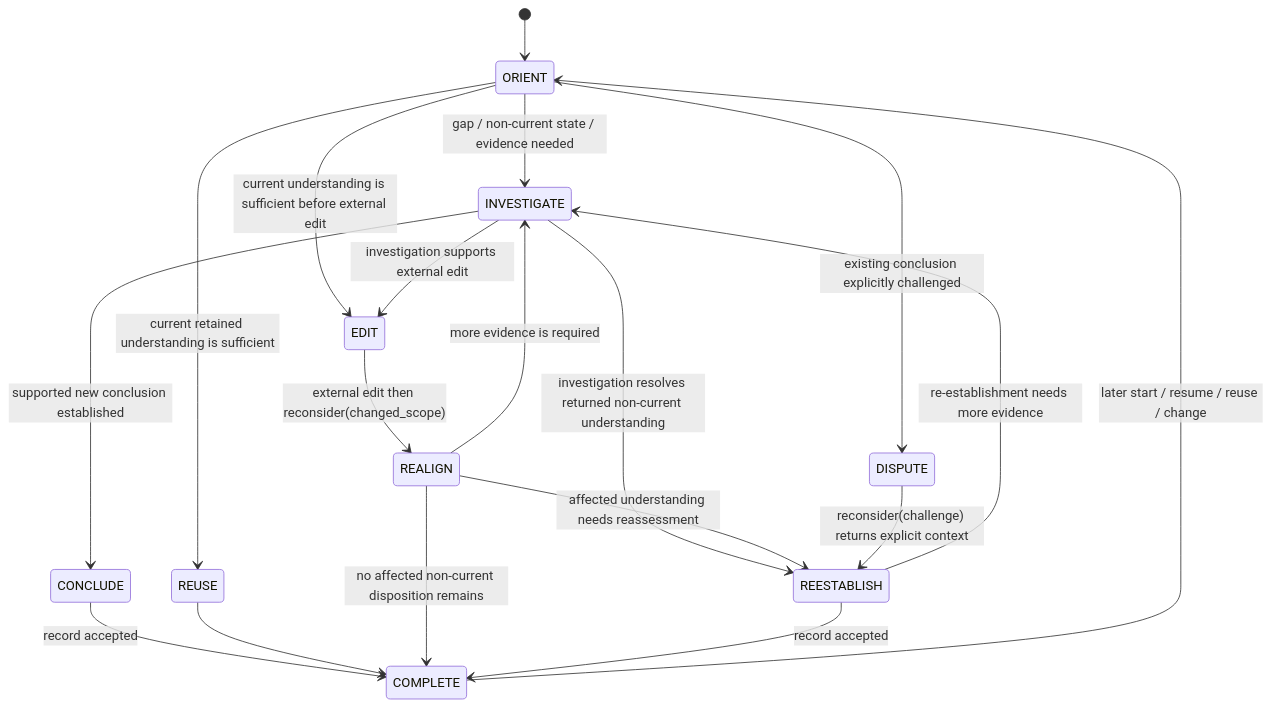
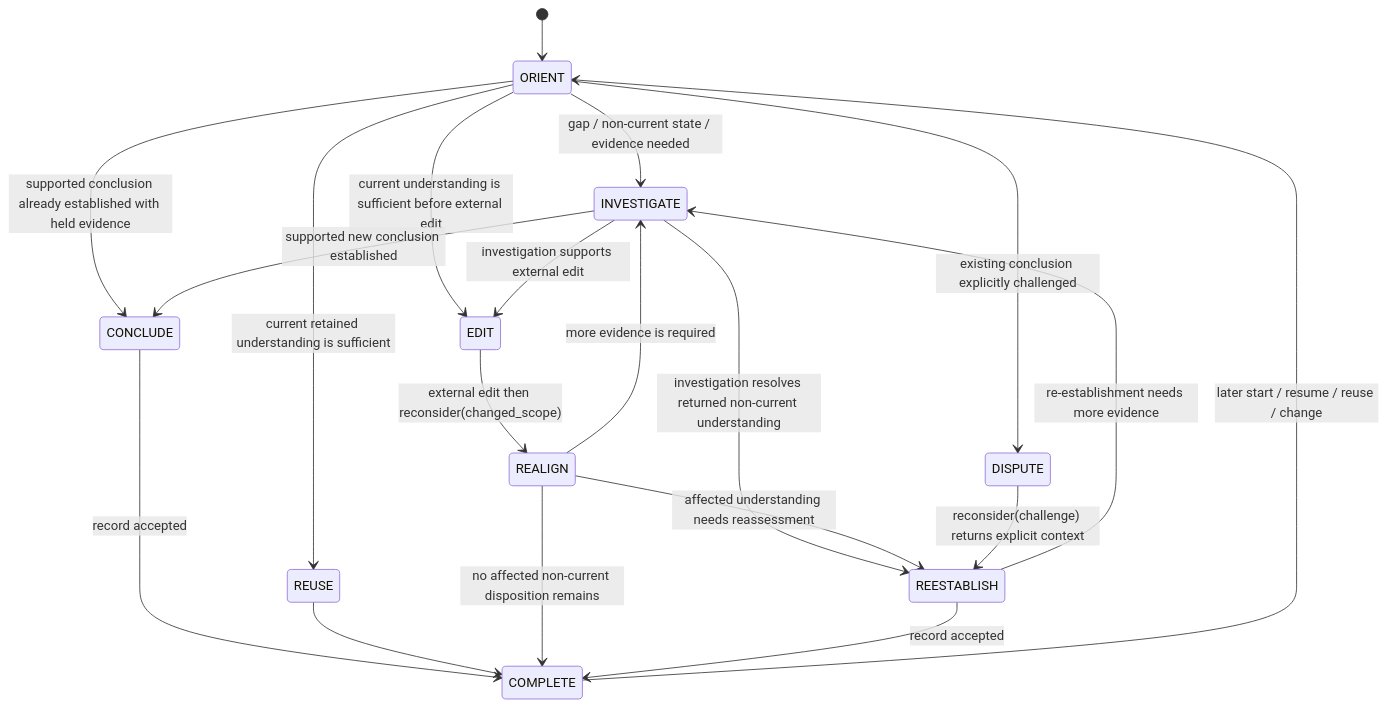
Before and after one commit to pontivus-com/span: the second of 2 diagrams in docs/lifecycle-contract.md, drawn with Mermaid. The commit also changed other lines of this file, not shown here.

Commit message:
docs: close lifecycle diagram transition gaps

````diff
--- a/docs/lifecycle-contract.md
+++ b/docs/lifecycle-contract.md
@@ -1042,28 +1045,29 @@
 ```mermaid
 stateDiagram-v2
     [*] --> ORIENT
 
     ORIENT --> REUSE: current retained understanding is sufficient
     ORIENT --> INVESTIGATE: gap / non-current state / evidence needed
+    ORIENT --> CONCLUDE: supported conclusion already established with held evidence
     ORIENT --> EDIT: current understanding is sufficient before external edit
     ORIENT --> DISPUTE: existing conclusion explicitly challenged
 
     INVESTIGATE --> CONCLUDE: supported new conclusion established
     INVESTIGATE --> REESTABLISH: investigation resolves returned non-current understanding
     INVESTIGATE --> EDIT: investigation supports external edit
 
     CONCLUDE --> COMPLETE: record accepted
     REUSE --> COMPLETE
 
     EDIT --> REALIGN: external edit then reconsider(changed_scope)
     REALIGN --> COMPLETE: no affected non-current disposition remains
     REALIGN --> REESTABLISH: affected understanding needs reassessment
     REALIGN --> INVESTIGATE: more evidence is required
 
     REESTABLISH --> COMPLETE: record accepted
     REESTABLISH --> INVESTIGATE: re-establishment needs more evidence
 
     DISPUTE --> REESTABLISH: reconsider(challenge) returns explicit context
 
     COMPLETE --> ORIENT: later start / resume / reuse / change
 ```
````
